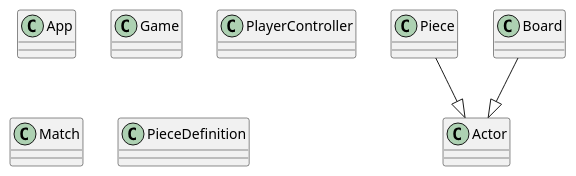
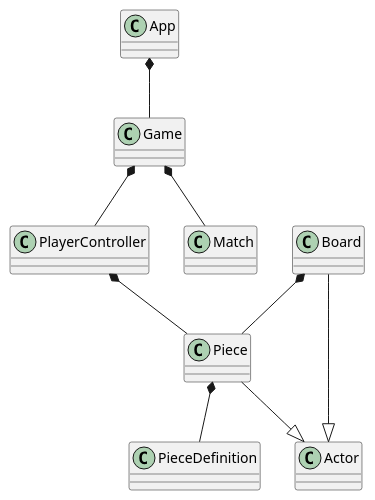
One commit to dadavidtseng/DaemonChess changed the diagram in Docs/structure.puml. Above: the diagram before and after it, drawn with PlantUML. The commit also changed 16 other files, not shown here.

```diff
--- a/Docs/structure.puml
+++ b/Docs/structure.puml
@@ -1,39 +1,45 @@
 @startuml
 
 class App
 {
 
 }
 
 class Game
 {
 }
 
 class PlayerController
 {
 }
 
 class Match
 {
 }
 
 class Piece
 {
 }
 
 class PieceDefinition
 {
 }
 
 class Board
 {
 }
 
 class Actor
 {
 }
 
 Piece --|> Actor
 Board --|> Actor
+App *-- Game
+Game *-- Match
+Game *-- PlayerController
+Board *-- Piece
+PlayerController *-- Piece
+Piece *-- PieceDefinition
 
 @enduml
```
